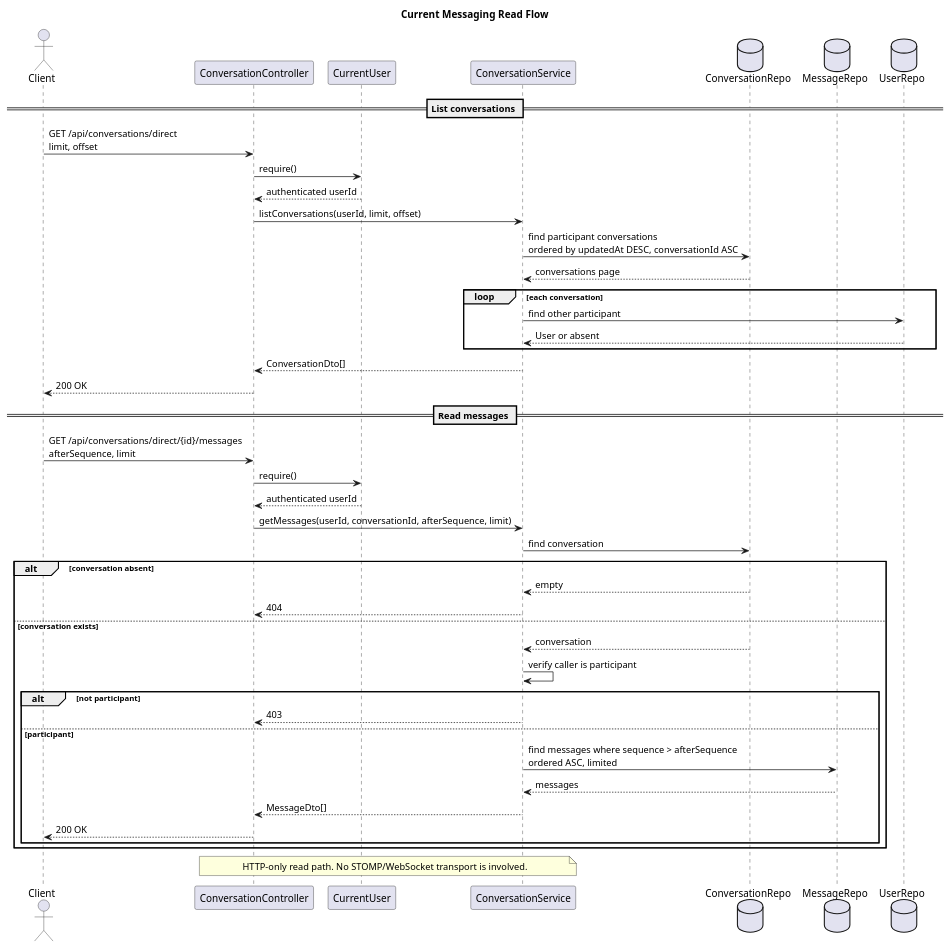
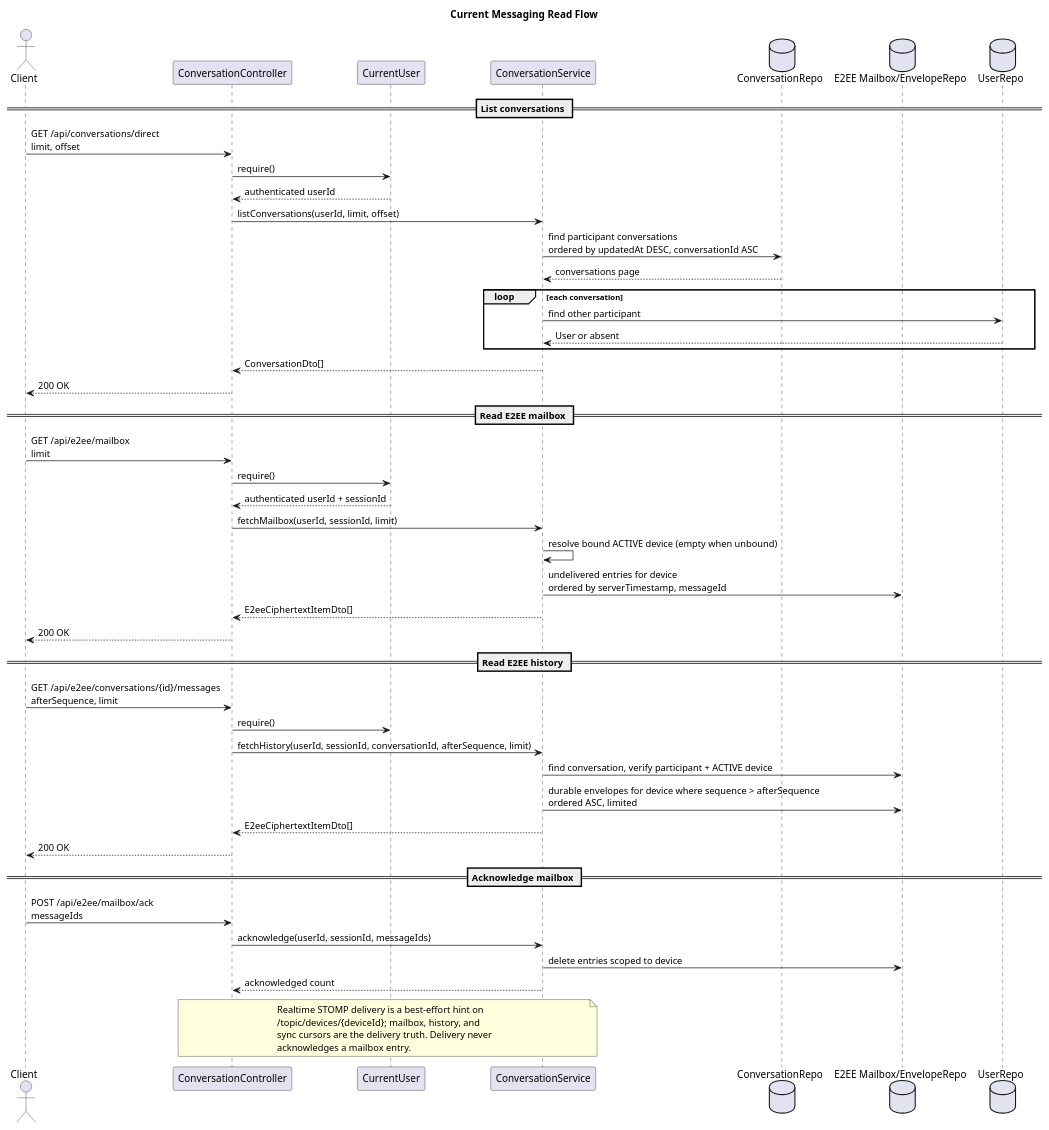
The diagram in docs/architecture/diagrams/current-messaging-read-flow.puml (animesh0404/samvaad-server), drawn with PlantUML before and after one commit. The commit also changed 17 other files, not shown here.

Commit message:
docs: reconcile current E2EE messaging architecture

```diff
--- a/docs/architecture/diagrams/current-messaging-read-flow.puml
+++ b/docs/architecture/diagrams/current-messaging-read-flow.puml
@@ -1,53 +1,59 @@
 @startuml
 
 title Current Messaging Read Flow
 
 actor Client
 participant "ConversationController" as Controller
 participant "CurrentUser" as CurrentUser
 participant "ConversationService" as Service
 database "ConversationRepo" as ConversationRepo
-database "MessageRepo" as MessageRepo
+database "E2EE Mailbox/EnvelopeRepo" as DB
 database "UserRepo" as UserRepo
 
 == List conversations ==
 Client -> Controller: GET /api/conversations/direct\nlimit, offset
 Controller -> CurrentUser: require()
 CurrentUser --> Controller: authenticated userId
 Controller -> Service: listConversations(userId, limit, offset)
 Service -> ConversationRepo: find participant conversations\nordered by updatedAt DESC, conversationId ASC
 ConversationRepo --> Service: conversations page
 loop each conversation
   Service -> UserRepo: find other participant
   UserRepo --> Service: User or absent
 end
 Service --> Controller: ConversationDto[]
 Controller --> Client: 200 OK
 
-== Read messages ==
-Client -> Controller: GET /api/conversations/direct/{id}/messages\nafterSequence, limit
+== Read E2EE mailbox ==
+Client -> Controller: GET /api/e2ee/mailbox\nlimit
 Controller -> CurrentUser: require()
-CurrentUser --> Controller: authenticated userId
-Controller -> Service: getMessages(userId, conversationId, afterSequence, limit)
-Service -> ConversationRepo: find conversation
-alt conversation absent
-  ConversationRepo --> Service: empty
-  Service --> Controller: 404
-else conversation exists
-  ConversationRepo --> Service: conversation
-  Service -> Service: verify caller is participant
-  alt not participant
-    Service --> Controller: 403
-  else participant
-    Service -> MessageRepo: find messages where sequence > afterSequence\nordered ASC, limited
-    MessageRepo --> Service: messages
-    Service --> Controller: MessageDto[]
-    Controller --> Client: 200 OK
-  end
-end
+CurrentUser --> Controller: authenticated userId + sessionId
+Controller -> Service: fetchMailbox(userId, sessionId, limit)
+Service -> Service: resolve bound ACTIVE device (empty when unbound)
+Service -> DB: undelivered entries for device\nordered by serverTimestamp, messageId
+Service --> Controller: E2eeCiphertextItemDto[]
+Controller --> Client: 200 OK
+
+== Read E2EE history ==
+Client -> Controller: GET /api/e2ee/conversations/{id}/messages\nafterSequence, limit
+Controller -> CurrentUser: require()
+Controller -> Service: fetchHistory(userId, sessionId, conversationId, afterSequence, limit)
+Service -> DB: find conversation, verify participant + ACTIVE device
+Service -> DB: durable envelopes for device where sequence > afterSequence\nordered ASC, limited
+Service --> Controller: E2eeCiphertextItemDto[]
+Controller --> Client: 200 OK
+
+== Acknowledge mailbox ==
+Client -> Controller: POST /api/e2ee/mailbox/ack\nmessageIds
+Controller -> Service: acknowledge(userId, sessionId, messageIds)
+Service -> DB: delete entries scoped to device
+Service --> Controller: acknowledged count
 
 note over Controller,Service
-HTTP-only read path. No STOMP/WebSocket transport is involved.
+Realtime STOMP delivery is a best-effort hint on
+/topic/devices/{deviceId}; mailbox, history, and
+sync cursors are the delivery truth. Delivery never
+acknowledges a mailbox entry.
 end note
 
 @enduml
```
